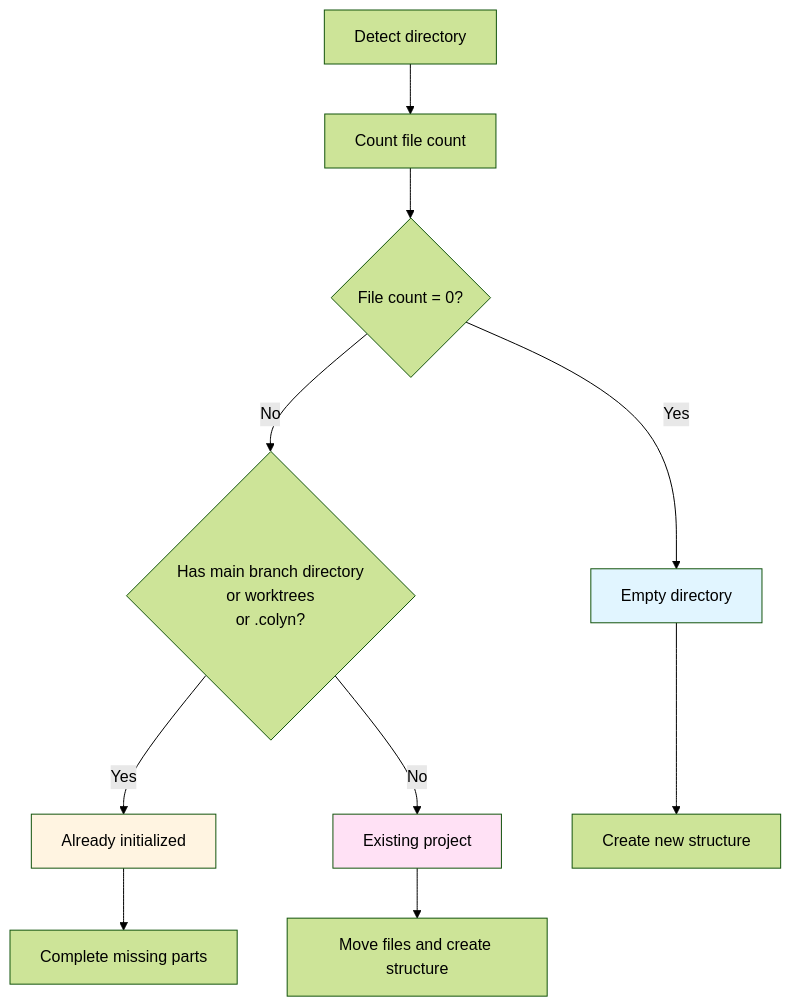
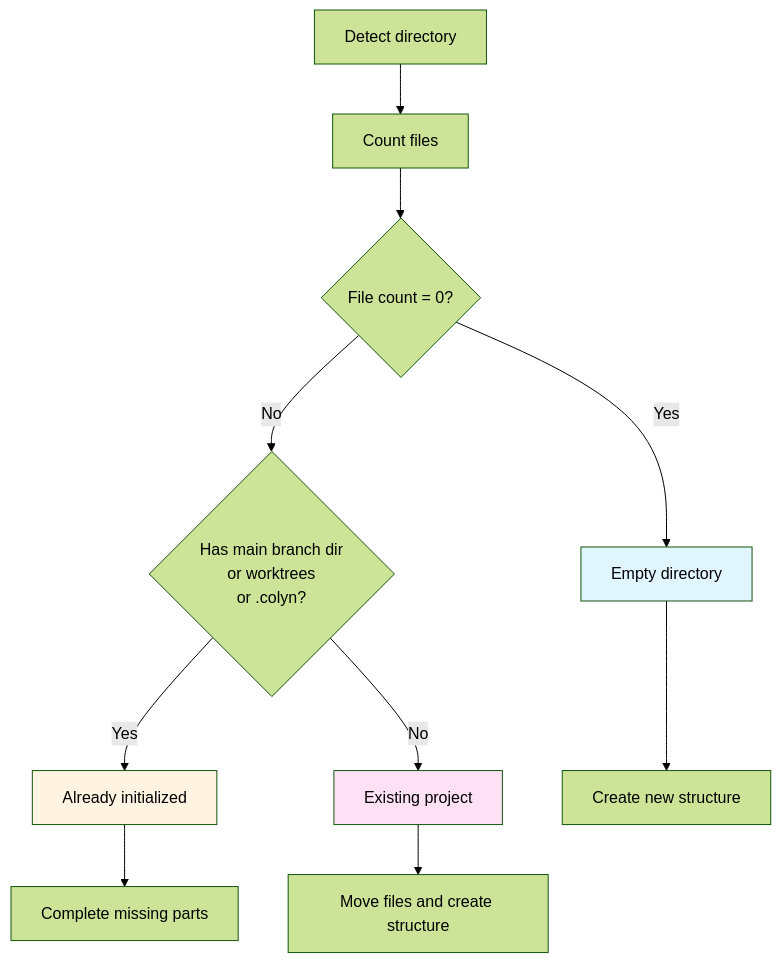
Before and after one commit to colin-han/colyn: the fifth of 6 diagrams in docs-en/design-init-command.md, drawn with Mermaid (forest theme). The commit also changed other lines of this file and 11 other files, not shown here.

````diff
--- a/docs-en/design-init-command.md
+++ b/docs-en/design-init-command.md
@@ -353,19 +353,19 @@
 ```mermaid
 graph TD
-    Start[Detect directory] --> CountFiles[Count file count]
+    Start[Detect directory] --> CountFiles[Count files]
     CountFiles --> CheckEmpty{File count = 0?}
 
     CheckEmpty -->|Yes| Empty[Empty directory]
-    CheckEmpty -->|No| CheckInit{Has main branch directory<br/>or worktrees<br/>or .colyn?}
+    CheckEmpty -->|No| CheckInit{Has main branch dir<br/>or worktrees<br/>or .colyn?}
 
     CheckInit -->|Yes| Initialized[Already initialized]
     CheckInit -->|No| Existing[Existing project]
 
     Empty --> Result1[Create new structure]
     Initialized --> Result2[Complete missing parts]
     Existing --> Result3[Move files and create structure]
 
     style Empty fill:#e1f5ff
     style Initialized fill:#fff4e1
     style Existing fill:#ffe1f5
 ```
````
